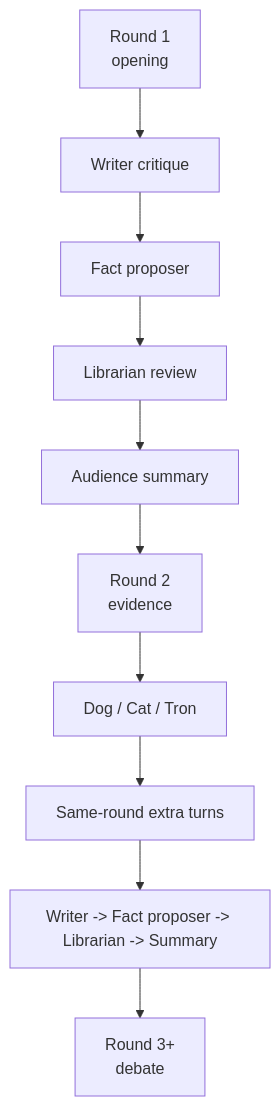
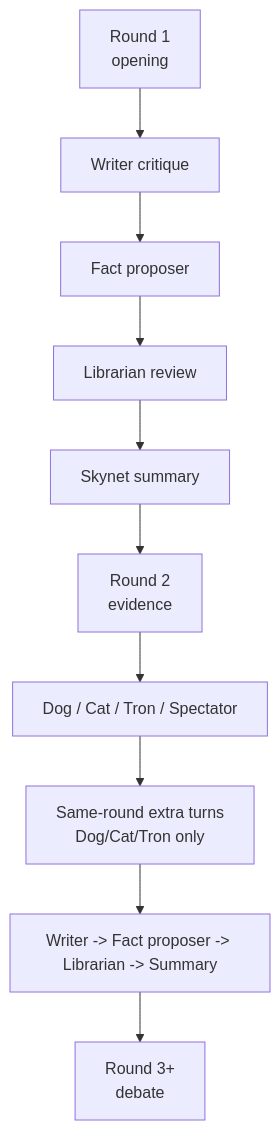
The second of 2 diagrams in README.md (G-R-O-X/Grox_chat), drawn with Mermaid before and after one commit. The commit also changed other lines of this file and 16 other files, not shown here.

````diff
--- a/README.md
+++ b/README.md
@@ -83,12 +115,12 @@
 ```mermaid
 flowchart TD
     R1[Round 1<br/>opening] --> W1[Writer critique]
     W1 --> FP1[Fact proposer]
     FP1 --> L1[Librarian review]
-    L1 --> S1[Audience summary]
+    L1 --> S1[Skynet summary]
     S1 --> R2[Round 2<br/>evidence]
-    R2 --> NPC2[Dog / Cat / Tron]
-    NPC2 --> Extra2[Same-round extra turns]
+    R2 --> NPC2[Dog / Cat / Tron / Spectator]
+    NPC2 --> Extra2[Same-round extra turns<br/>Dog/Cat/Tron only]
     Extra2 --> W2[Writer -> Fact proposer -> Librarian -> Summary]
     W2 --> R3[Round 3+<br/>debate]
 ```
````
